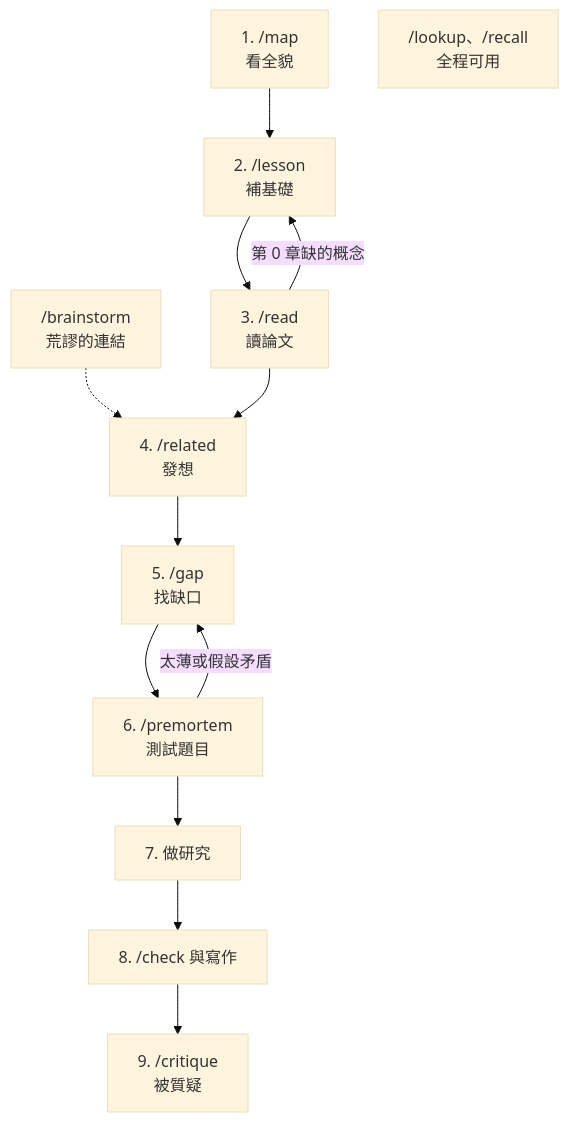
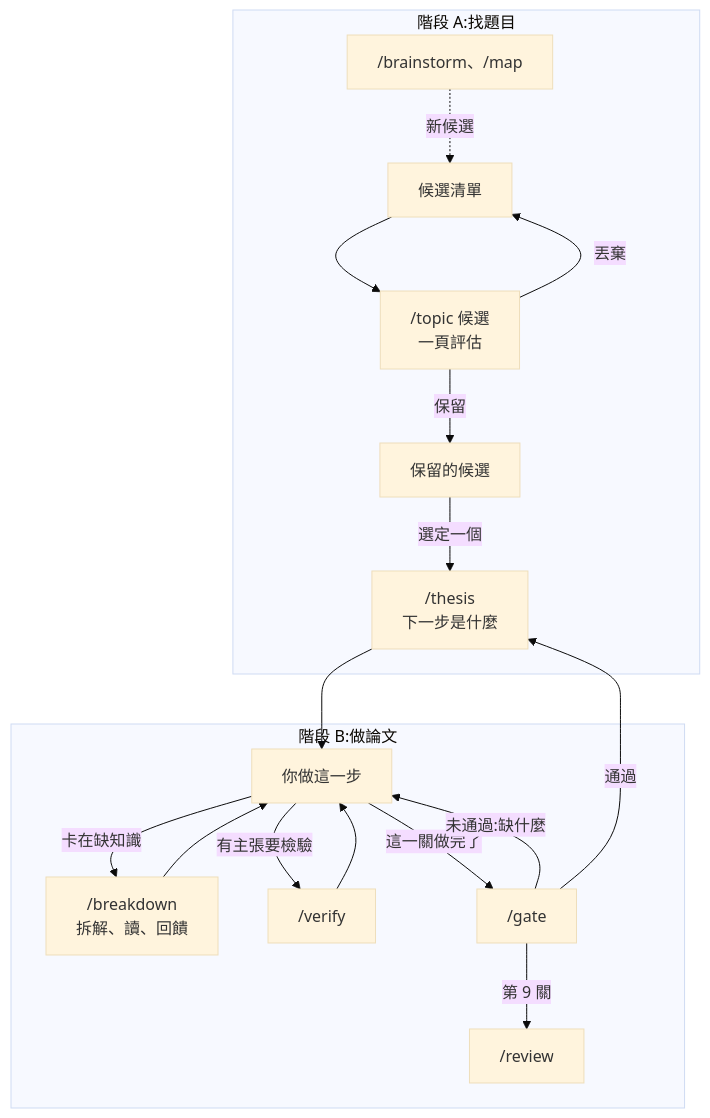
The diagram in docs/overview.md (pitaya943/researchy), drawn with Mermaid (base theme) before and after one commit. The commit also changed other lines of this file and 9 other files, not shown here.

First line of the commit message:
Complete the skill set: thesis phase skills and gate specification

````diff
--- a/docs/overview.md
+++ b/docs/overview.md
@@ -76,15 +49,21 @@
 ```mermaid
 flowchart TD
-    B["/brainstorm<br>荒謬的連結"] -.-> R
-    M["1. /map<br>看全貌"] --> L["2. /lesson<br>補基礎"]
-    L --> RD["3. /read<br>讀論文"]
-    RD -->|"第 0 章缺的概念"| L
-    RD --> R["4. /related<br>發想"]
-    R --> G["5. /gap<br>找缺口"]
-    G --> P["6. /premortem<br>測試題目"]
-    P -->|"太薄或假設矛盾"| G
-    P --> W["7. 做研究"]
-    W --> C["8. /check 與寫作"]
-    C --> X["9. /critique<br>被質疑"]
-    LK["/lookup、/recall<br>全程可用"]
+    subgraph A["階段 A:找題目"]
+        C["候選清單"] --> T["/topic 候選<br>一頁評估"]
+        T -->|丟棄| C
+        T -->|保留| K["保留的候選"]
+        BR["/brainstorm、/map"] -.->|新候選| C
+        K -->|選定一個| S
+    end
+    subgraph B["階段 B:做論文"]
+        S["/thesis<br>下一步是什麼"] --> W["你做這一步"]
+        W -->|卡在缺知識| BD["/breakdown<br>拆解、讀、回饋"]
+        BD --> W
+        W -->|有主張要檢驗| V["/verify"]
+        V --> W
+        W -->|這一關做完了| G["/gate"]
+        G -->|未通過:缺什麼| W
+        G -->|通過| S
+        G -->|第 9 關| RV["/review"]
+    end
 ```
````
